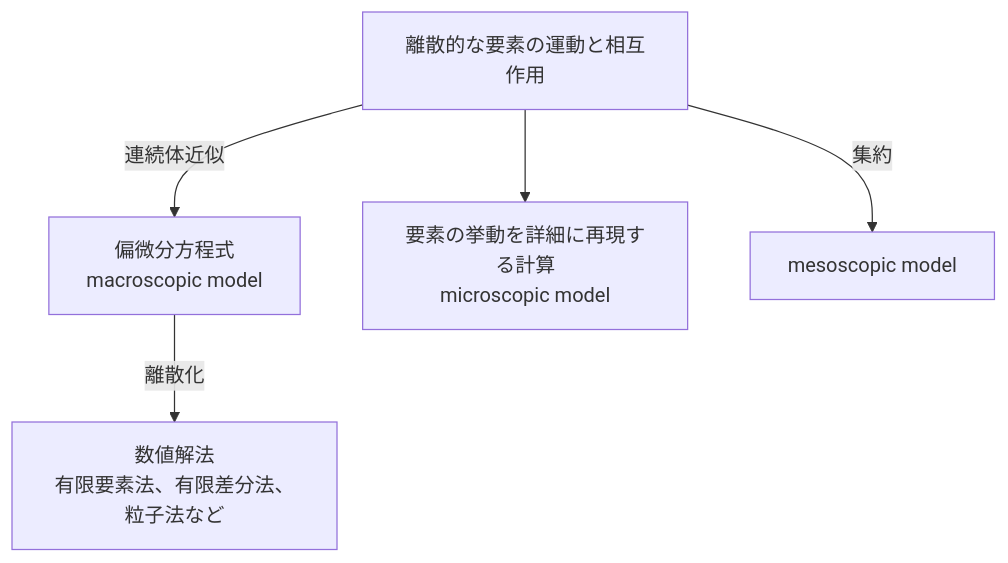
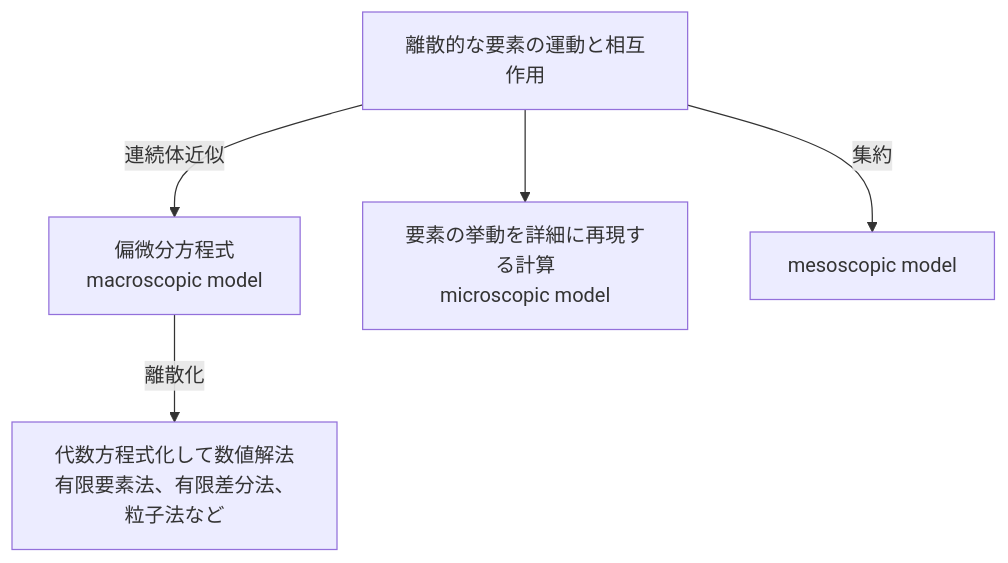
One commit to mpses/obsidian changed the diagram in シミュレーション.md. Above: the diagram before and after it, drawn with Mermaid. The commit also changed other lines of this file and 1 other file, not shown here.

````diff
--- a/シミュレーション.md
+++ b/シミュレーション.md
@@ -13,15 +20,15 @@
 ```mermaid
 flowchart TD
     %% トップの大きな箱：離散的な要素の運動と相互作用
     A[離散的な要素の運動と相互作用] 
 
     %% 中央の枝（連続体近似 → (偏)微分方程式 → 数値解法）
     A -->|連続体近似| B[偏微分方程式<br>macroscopic model] 
-    B -->|離散化| C[数値解法<br>有限要素法、有限差分法、粒子法など]
+    B -->|離散化| C[代数方程式化して数値解法<br>有限要素法、有限差分法、粒子法など]
 
     %% 左の枝（microscopic model）
     A --> D[要素の挙動を詳細に再現する計算<br>microscopic model]
 
     %% 右の枝（mesoscopic model）
     A -->|集約| E[mesoscopic model]
 ```
````
